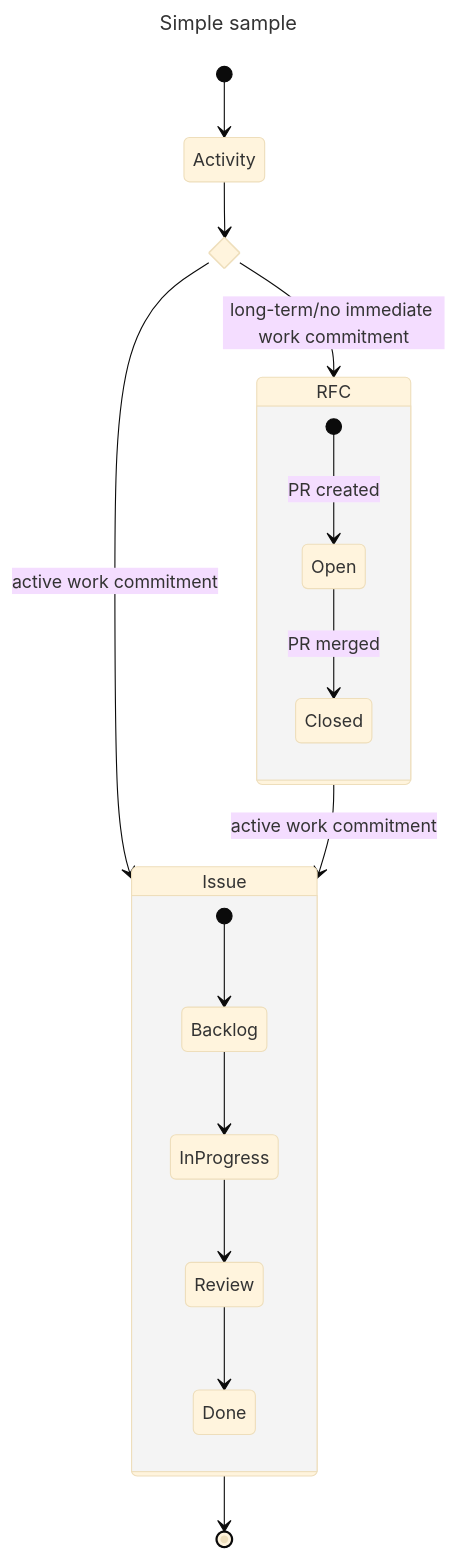
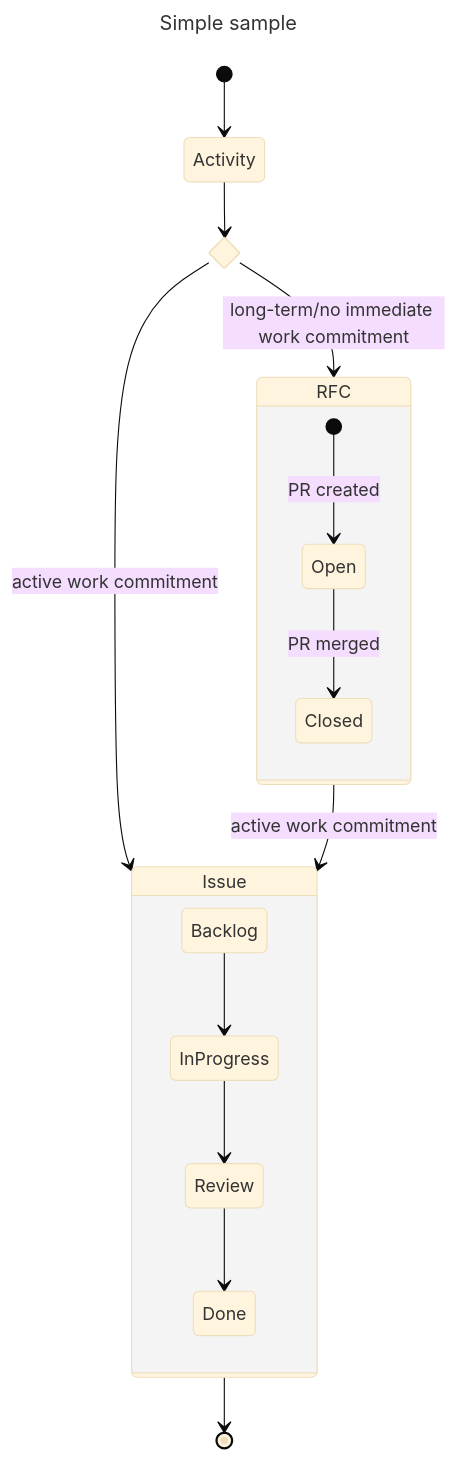
The diagram in README.md (christophrj/sig-extensibility-draft), drawn with Mermaid (base theme) before and after one commit.

Commit message:
docs: activity lifecycle
On-behalf-of: @SAP christopher.junk@sap.com

````diff
--- a/README.md
+++ b/README.md
@@ -58,25 +58,24 @@
 ```mermaid
 ---
 title: Simple sample
 ---
 stateDiagram-v2
     state commitment <<choice>>
     [*] --> Activity
     Activity --> commitment
     commitment --> RFC: long-term/no immediate work commitment
     state RFC {
         [*] --> Open: PR created
         Open --> Closed: PR merged
     }
     commitment --> Issue: active work commitment
 
     RFC --> Issue: active work commitment
 
     Issue --> [*]
     state Issue {
-        [*] --> Backlog
         Backlog --> InProgress
         InProgress --> Review
         Review --> Done
     }
 ```
````
